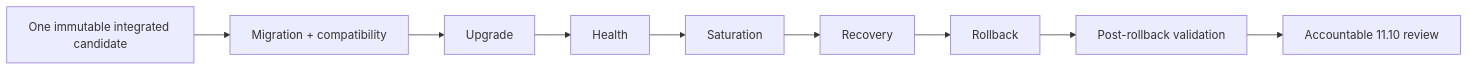
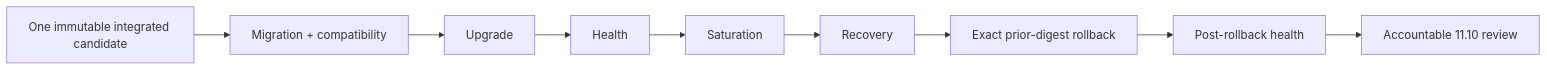
One commit to GJvManen/dtmo changed the diagram in docs/README.md. Above: the diagram before and after it, drawn with Mermaid. The commit also changed other lines of this file, not shown here.

````diff
--- a/docs/README.md
+++ b/docs/README.md
@@ -77,11 +82,11 @@
 ```mermaid
 flowchart LR
     I[One immutable integrated candidate] --> M[Migration + compatibility]
     M --> U[Upgrade]
     U --> H[Health]
     H --> S[Saturation]
     S --> R[Recovery]
-    R --> B[Rollback]
-    B --> V[Post-rollback validation]
+    R --> B[Exact prior-digest rollback]
+    B --> V[Post-rollback health]
     V --> A[Accountable 11.10 review]
 ```
````
